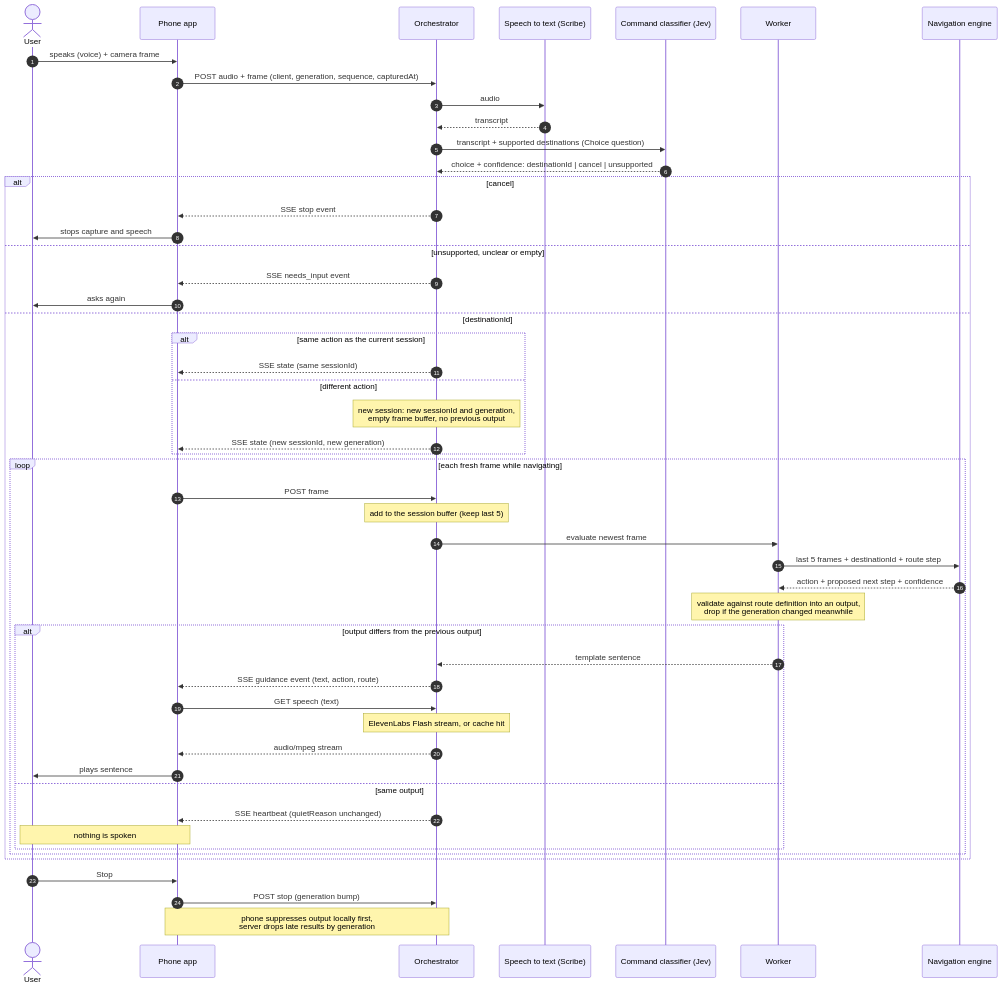
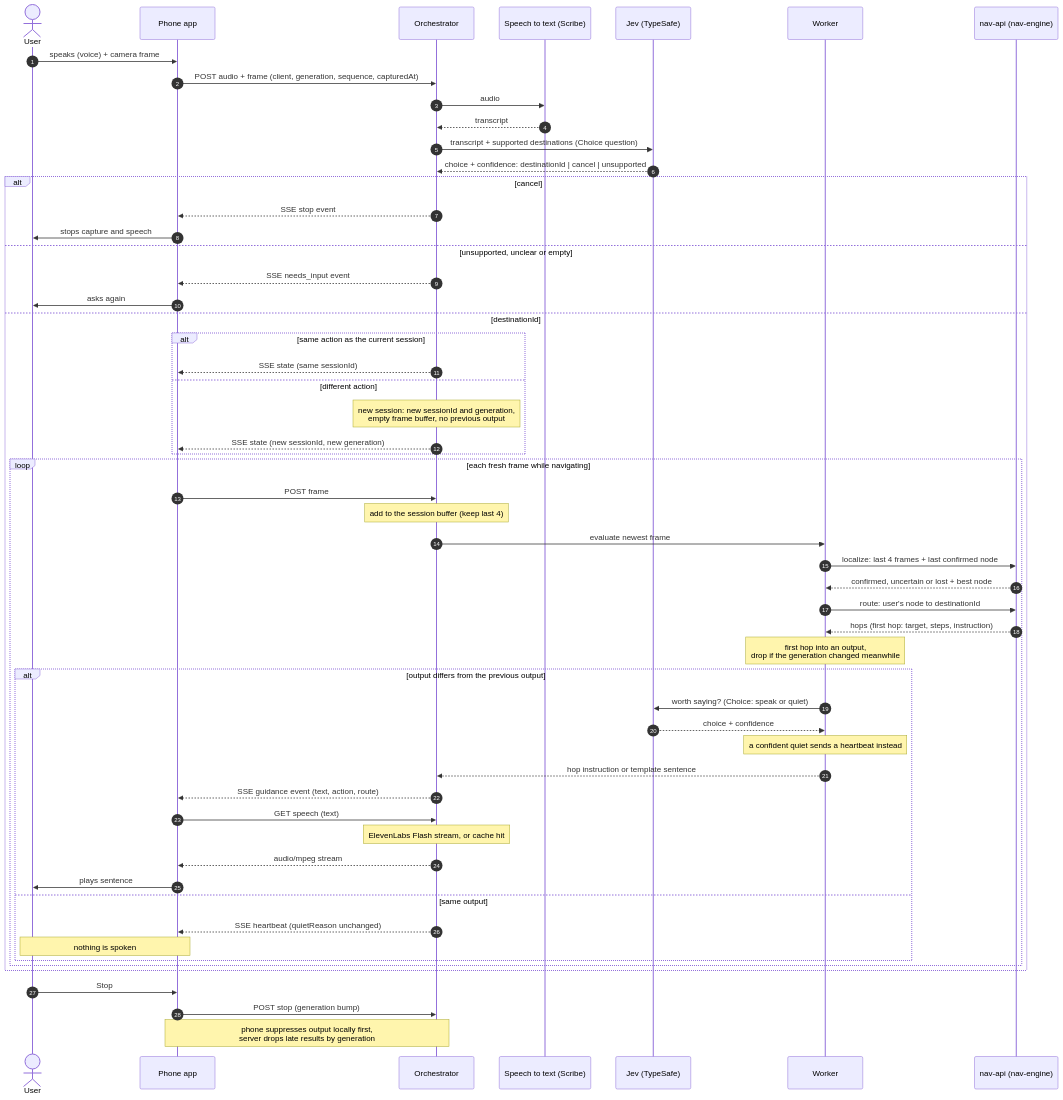
Before and after one commit to tungsten-united/project-description: the third of 3 diagrams in docs/architecture.md, drawn with Mermaid. The commit also changed other lines of this file and 4 other files, not shown here.

First line of the commit message:
Docs: the orchestrator uses nav-engine's nav-api; align with the new contract

````diff
--- a/docs/architecture.md
+++ b/docs/architecture.md
@@ -71,56 +73,61 @@
 ```mermaid
 sequenceDiagram
   autonumber
   actor U as User
   participant P as Phone app
   participant O as Orchestrator
   participant S as Speech to text (Scribe)
-  participant C as Command classifier (Jev)
+  participant C as Jev (TypeSafe)
   participant K as Worker
-  participant N as Navigation engine
+  participant N as nav-api (nav-engine)
 
   U->>P: speaks (voice) + camera frame
   P->>O: POST audio + frame (client, generation, sequence, capturedAt)
   O->>S: audio
   S-->>O: transcript
   O->>C: transcript + supported destinations (Choice question)
   C-->>O: choice + confidence: destinationId | cancel | unsupported
 
   alt cancel
     O-->>P: SSE stop event
     P->>U: stops capture and speech
   else unsupported, unclear or empty
     O-->>P: SSE needs_input event
     P->>U: asks again
   else destinationId
     alt same action as the current session
       O-->>P: SSE state (same sessionId)
     else different action
       Note over O: new session: new sessionId and generation,<br/>empty frame buffer, no previous output
       O-->>P: SSE state (new sessionId, new generation)
     end
     loop each fresh frame while navigating
       P->>O: POST frame
-      Note over O: add to the session buffer (keep last 5)
+      Note over O: add to the session buffer (keep last 4)
       O->>K: evaluate newest frame
-      K->>N: last 5 frames + destinationId + route step
-      N-->>K: action + proposed next step + confidence
-      Note over K: validate against route definition into an output,<br/>drop if the generation changed meanwhile
+      K->>N: localize: last 4 frames + last confirmed node
+      N-->>K: confirmed, uncertain or lost + best node
+      K->>N: route: user's node to destinationId
+      N-->>K: hops (first hop: target, steps, instruction)
+      Note over K: first hop into an output,<br/>drop if the generation changed meanwhile
       alt output differs from the previous output
-        K-->>O: template sentence
+        K->>C: worth saying? (Choice: speak or quiet)
+        C-->>K: choice + confidence
+        Note over K: a confident quiet sends a heartbeat instead
+        K-->>O: hop instruction or template sentence
         O-->>P: SSE guidance event (text, action, route)
         P->>O: GET speech (text)
         Note over O: ElevenLabs Flash stream, or cache hit
         O-->>P: audio/mpeg stream
         P->>U: plays sentence
       else same output
         O-->>P: SSE heartbeat (quietReason unchanged)
         Note over P,U: nothing is spoken
       end
     end
   end
 
   U->>P: Stop
   P->>O: POST stop (generation bump)
   Note over P,O: phone suppresses output locally first,<br/>server drops late results by generation
 ```
````
